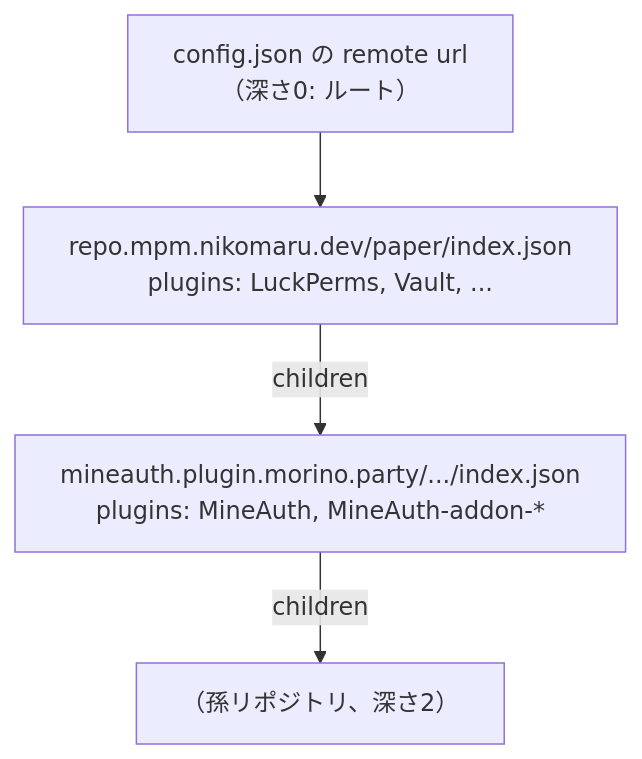
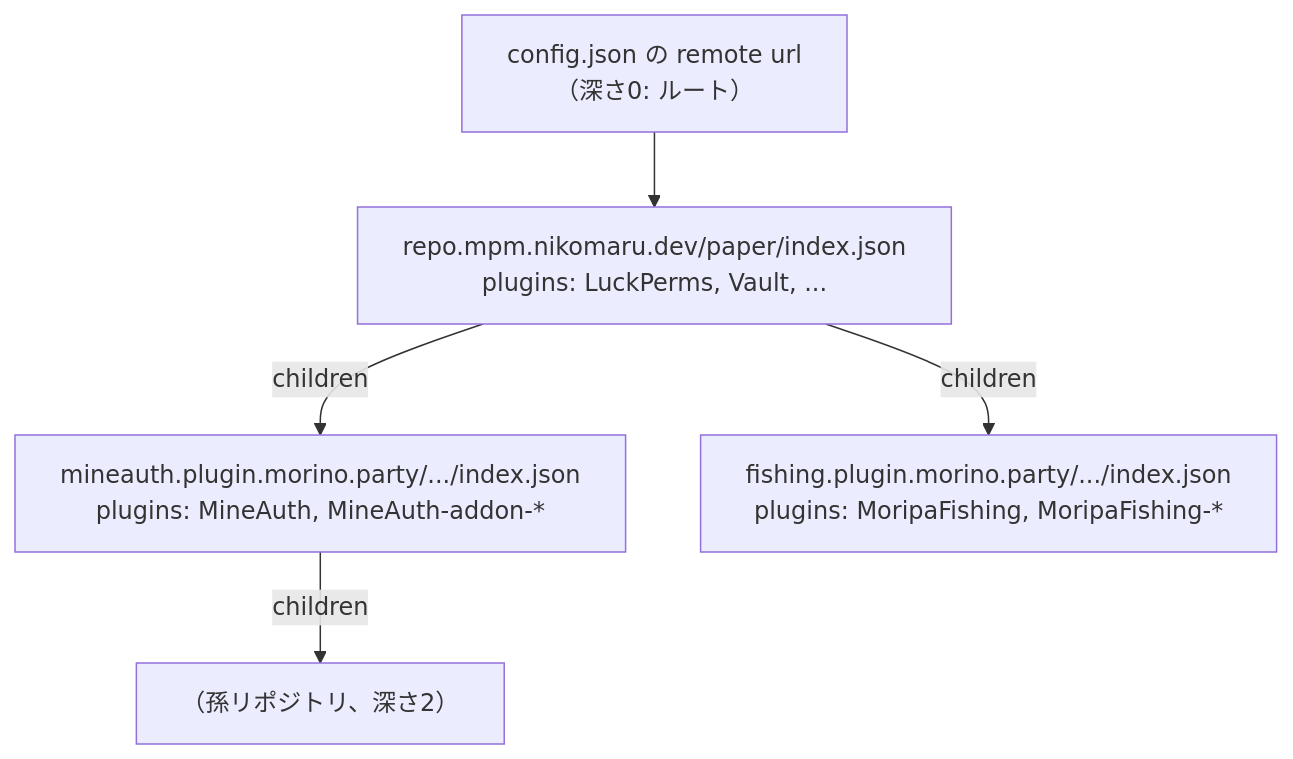
The diagram in docs/content/docs/repository/graph.mdx (morinoparty/mpm), drawn with Mermaid before and after one commit. The commit also changed other lines of this file and 1 other file, not shown here.

Commit message:
✨ Link MoripaFishing's repository index as a child of the official repo

````diff
--- a/docs/content/docs/repository/graph.mdx
+++ b/docs/content/docs/repository/graph.mdx
@@ -98,6 +98,7 @@
 ```mermaid
 graph TD
     R["config.json の remote url<br/>（深さ0: ルート）"] --> A["repo.mpm.nikomaru.dev/paper/index.json<br/>plugins: LuckPerms, Vault, ..."]
     A -->|children| B["mineauth.plugin.morino.party/.../index.json<br/>plugins: MineAuth, MineAuth-addon-*"]
+    A -->|children| F["fishing.plugin.morino.party/.../index.json<br/>plugins: MoripaFishing, MoripaFishing-*"]
     B -->|children| C["（孫リポジトリ、深さ2）"]
 ```
````
